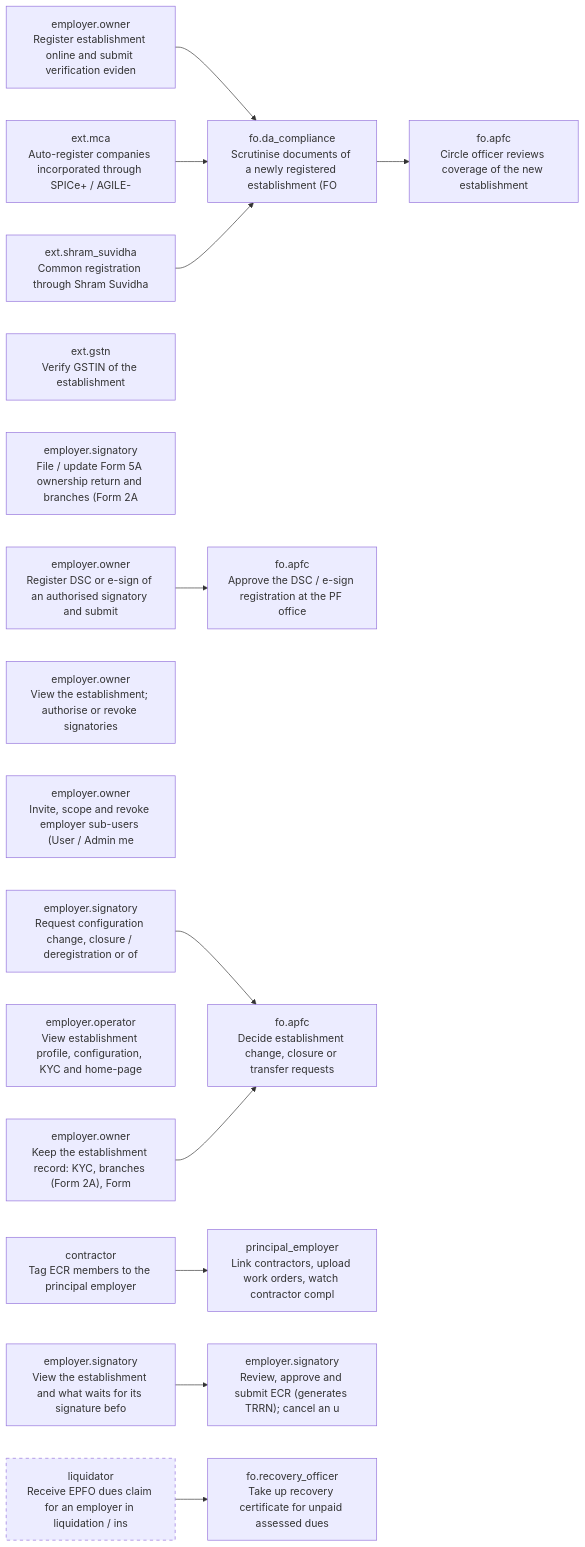
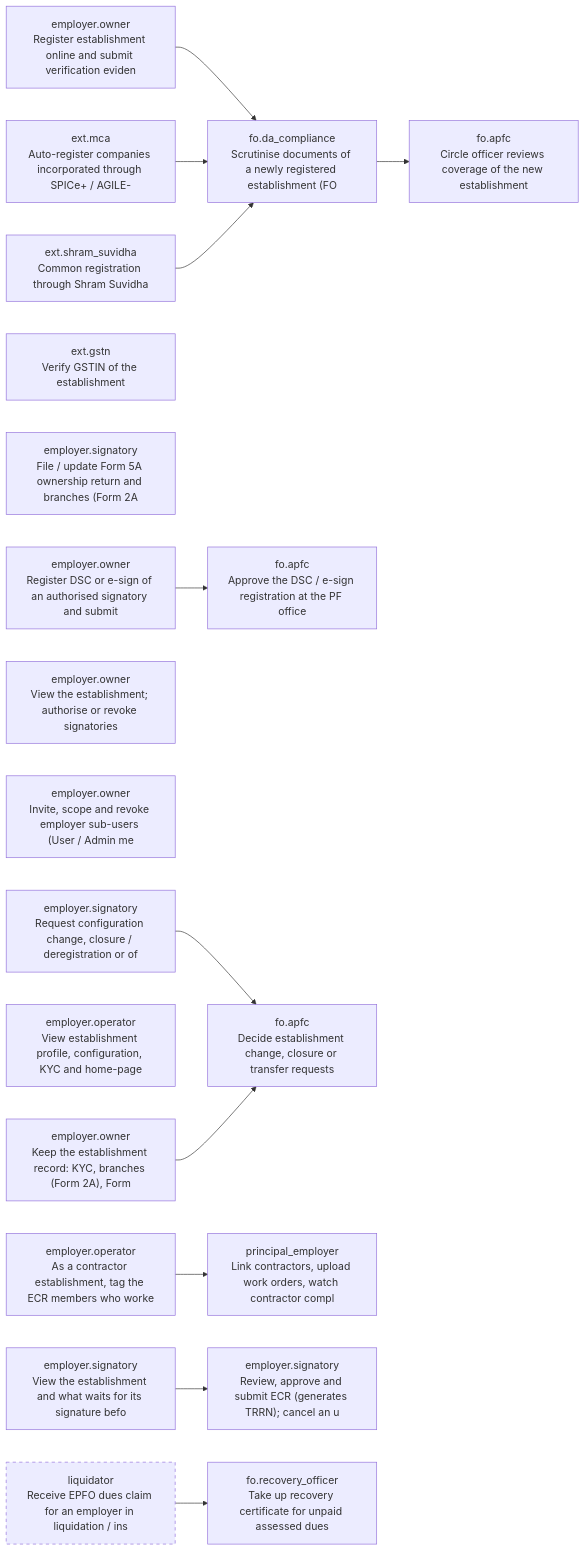
Before and after one commit to gauravmeena0708/pf-life: the first of 14 diagrams in docs/stakeholder-api-sets.md, drawn with Mermaid. The commit also changed other lines of this file and 74 other files, not shown here.

````diff
--- a/docs/stakeholder-api-sets.md
+++ b/docs/stakeholder-api-sets.md
@@ -1434,35 +1433,35 @@
 ```mermaid
 flowchart LR
   F01_register["employer.owner<br/>Register establishment online and submit verification eviden"]
   F01_mca_autoreg["ext.mca<br/>Auto-register companies incorporated through SPICe+ / AGILE-"]
   F01_ssp_reg["ext.shram_suvidha<br/>Common registration through Shram Suvidha"]
   F01_kyc_registry["ext.gstn<br/>Verify GSTIN of the establishment"]
   F01_olre_scrutiny["fo.da_compliance<br/>Scrutinise documents of a newly registered establishment (FO"]
   F01_circle_review["fo.apfc<br/>Circle officer reviews coverage of the new establishment"]
   F01_form5a["employer.signatory<br/>File / update Form 5A ownership return and branches (Form 2A"]
   F01_dsc_register["employer.owner<br/>Register DSC or e-sign of an authorised signatory and submit"]
   F01_dsc_approve["fo.apfc<br/>Approve the DSC / e-sign registration at the PF office"]
   F01_signatories["employer.owner<br/>View the establishment; authorise or revoke signatories"]
   F01_operators["employer.owner<br/>Invite, scope and revoke employer sub-users (User / Admin me"]
   F01_signatory_profile["employer.signatory<br/>View the establishment and what waits for its signature befo"]
   F01_profile["employer.operator<br/>View establishment profile, configuration, KYC and home-page"]
   F01_change_request["employer.signatory<br/>Request configuration change, closure / deregistration or of"]
   F01_change_decide["fo.apfc<br/>Decide establishment change, closure or transfer requests"]
   F01_establishment_owner["employer.owner<br/>Keep the establishment record: KYC, branches (Form 2A), Form"]
   F01_contractors["principal_employer<br/>Link contractors, upload work orders, watch contractor compl"]
-  F01_contractor_tag["contractor<br/>Tag ECR members to the principal employer"]
+  F01_contractor_tag["employer.operator<br/>As a contractor establishment, tag the ECR members who worke"]
   F01_liquidation["liquidator<br/>Receive EPFO dues claim for an employer in liquidation / ins"]
   style F01_liquidation stroke-dasharray: 5 5
   F01_register --> F01_olre_scrutiny
   F01_mca_autoreg --> F01_olre_scrutiny
   F01_ssp_reg --> F01_olre_scrutiny
   F01_olre_scrutiny --> F01_circle_review
   F01_dsc_register --> F01_dsc_approve
   F03_ecr_approve["employer.signatory<br/>Review, approve and submit ECR (generates TRRN); cancel an u"]
   F01_signatory_profile --> F03_ecr_approve
   F01_change_request --> F01_change_decide
   F01_establishment_owner --> F01_change_decide
   F01_contractor_tag --> F01_contractors
   F06_recovery["fo.recovery_officer<br/>Take up recovery certificate for unpaid assessed dues"]
   F01_liquidation --> F06_recovery
 ```
````
